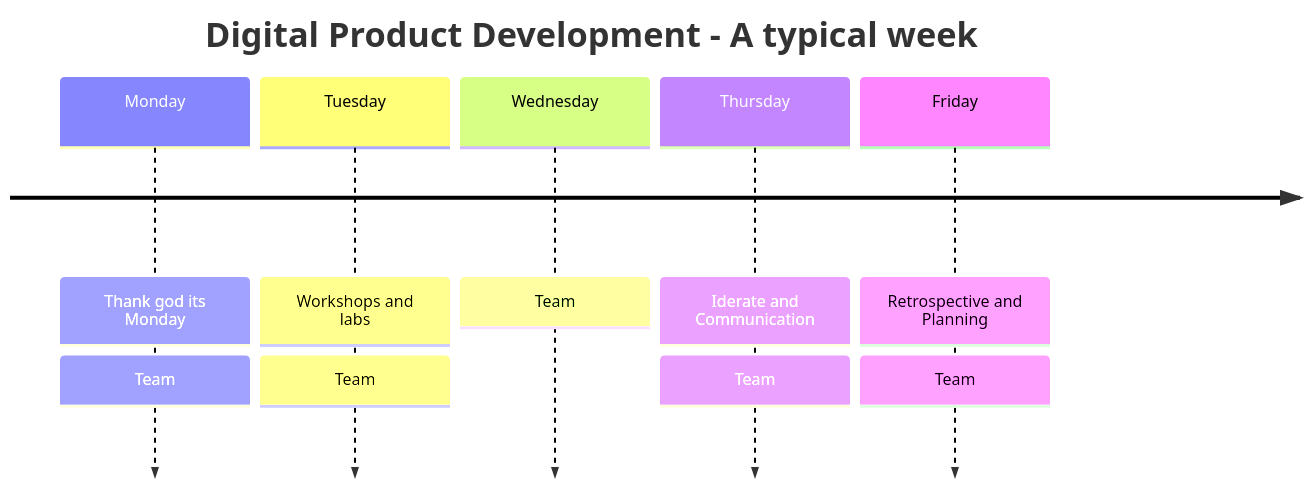
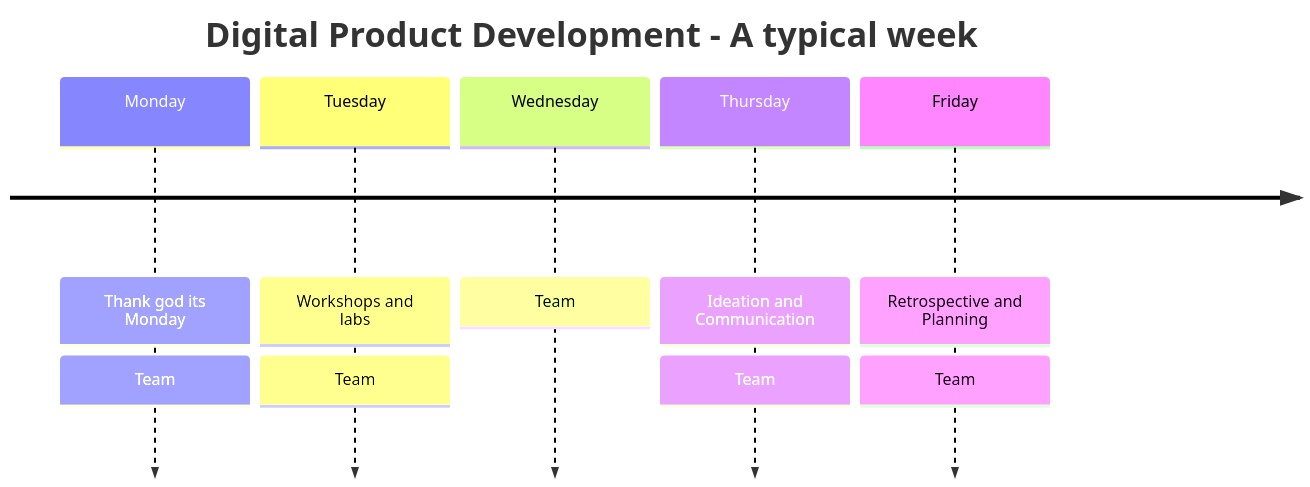
One commit to kea-dpd/.github changed the second of 2 diagrams in profile/README.md. Above: the diagram before and after it, drawn with Mermaid. The commit also changed other lines of this file, not shown here.

````diff
--- a/profile/README.md
+++ b/profile/README.md
@@ -124,23 +124,23 @@
 ```mermaid
 %%{
     init: { 
         'logLevel': 'debug',
         'theme': 'emerald' ,
         'themeVariables': {
             fontFamily : 'Oswald'
         }
     }
  }%%
  
 timeline
     title Digital Product Development - A typical week
       Monday    : Thank god its Monday
                 : Team
       Tuesday   : Workshops and labs
                 : Team
       Wednesday : Team
-      Thursday  : Iderate and Communication
+      Thursday  : Ideation and Communication
                 : Team
       Friday    : Retrospective and Planning
                 : Team
 ```
````
